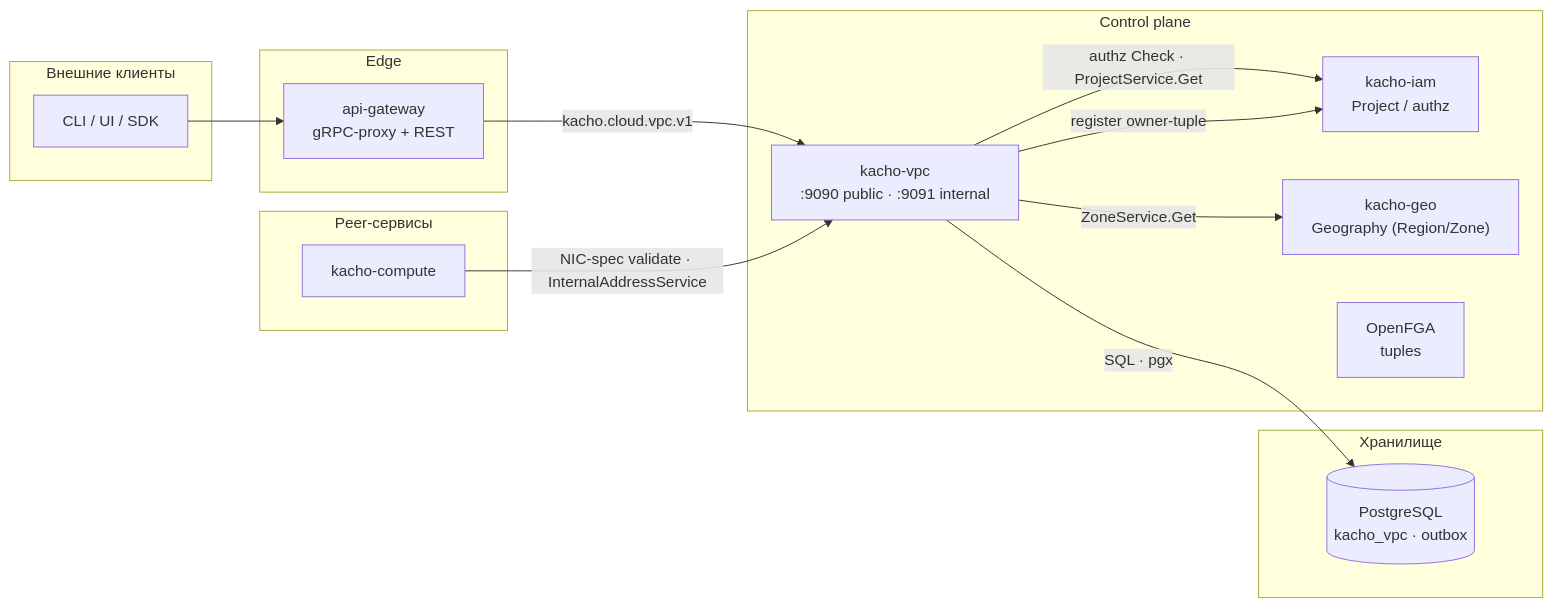
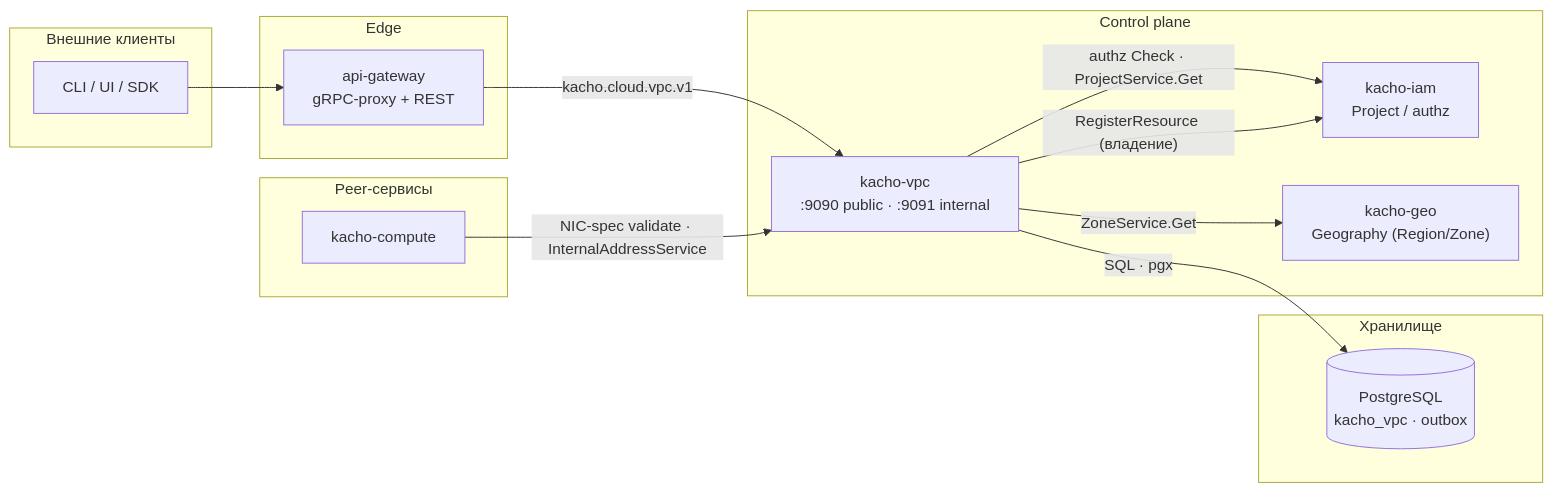
The first of 2 diagrams in services/vpc/docs/content/intro.mdx (PRO-Robotech/kacho), drawn with Mermaid before and after one commit. The commit also changed other lines of this file and 589 other files, not shown here.

````diff
--- a/services/vpc/docs/content/intro.mdx
+++ b/services/vpc/docs/content/intro.mdx
@@ -116,29 +116,28 @@
 ```mermaid
 flowchart LR
   subgraph ext["Внешние клиенты"]
     cli["CLI / UI / SDK"]
   end
   subgraph edge["Edge"]
     agw["api-gateway<br/>gRPC-proxy + REST"]
   end
   subgraph cp["Control plane"]
     vpc["kacho-vpc<br/>:9090 public · :9091 internal"]
     iam["kacho-iam<br/>Project / authz"]
     geo["kacho-geo<br/>Geography (Region/Zone)"]
-    fga["OpenFGA<br/>tuples"]
   end
   subgraph store["Хранилище"]
     pg[("PostgreSQL<br/>kacho_vpc · outbox")]
   end
   subgraph peers["Peer-сервисы"]
     cmp["kacho-compute"]
   end
 
   cli --> agw
   agw -->|"kacho.cloud.vpc.v1"| vpc
   vpc -->|"SQL · pgx"| pg
   vpc -->|"authz Check · ProjectService.Get"| iam
-  vpc -->|"register owner-tuple"| iam
+  vpc -->|"RegisterResource (владение)"| iam
   vpc -->|"ZoneService.Get"| geo
   cmp -->|"NIC-spec validate · InternalAddressService"| vpc
 ```
````
